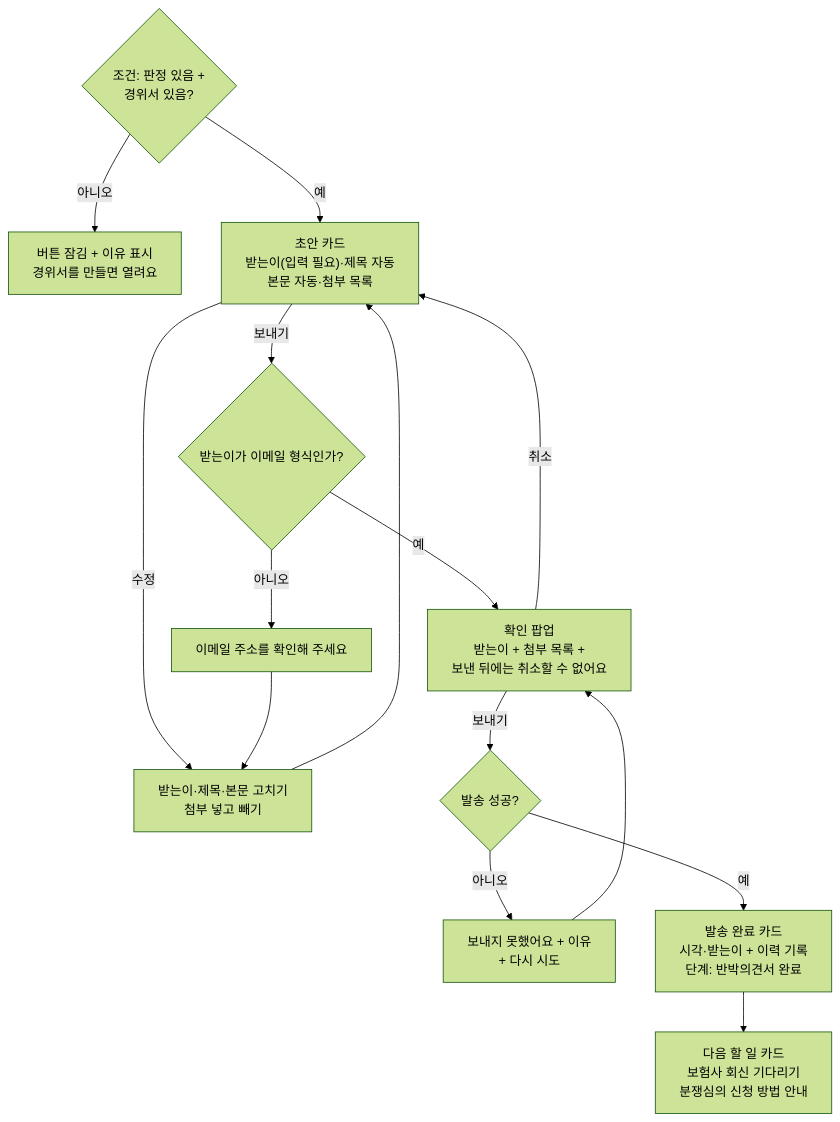
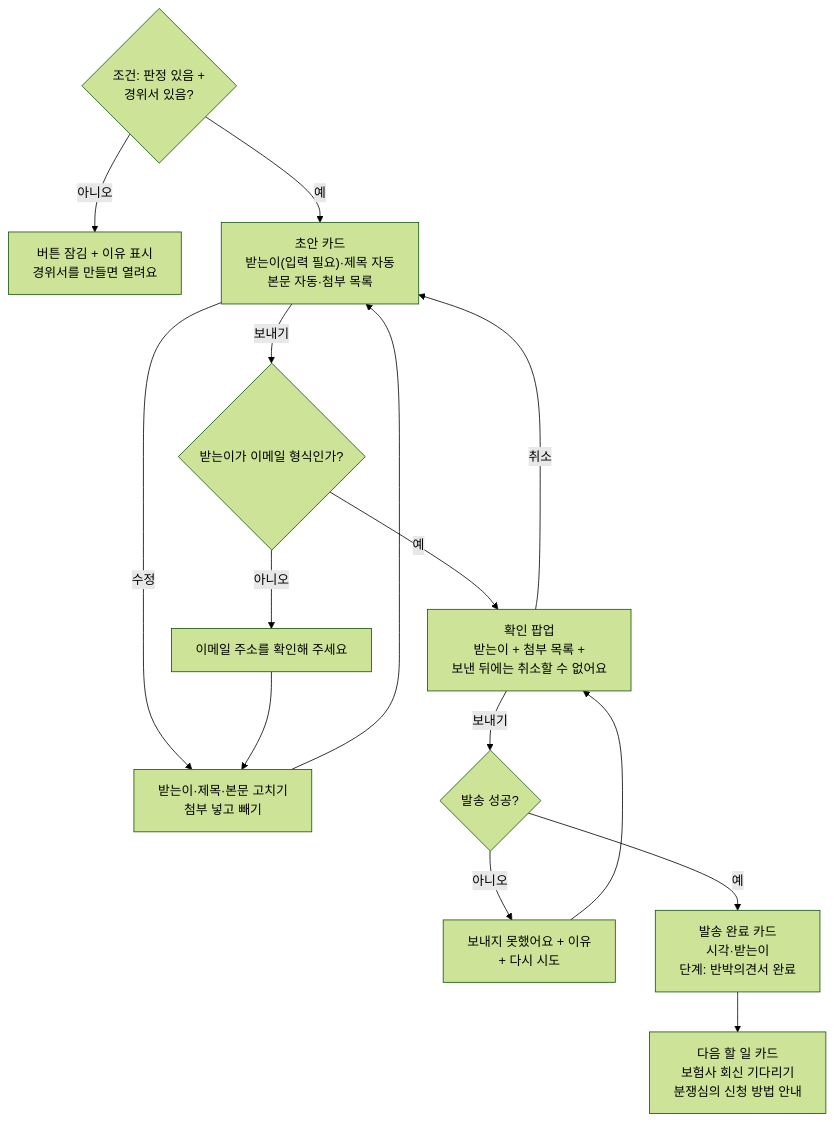
The seventh of 8 diagrams in docs/handoff/03_유저플로우.md (zinnli/fairway), drawn with Mermaid (forest theme) before and after one commit. The commit also changed other lines of this file and 112 other files, not shown here.

````diff
--- a/docs/handoff/03_유저플로우.md
+++ b/docs/handoff/03_유저플로우.md
@@ -151,17 +129,17 @@
 ```mermaid
 flowchart TD
   A{"조건: 판정 있음 +<br/>경위서 있음?"} -->|아니오| B["버튼 잠김 + 이유 표시<br/>경위서를 만들면 열려요"]
   A -->|예| C["초안 카드<br/>받는이(입력 필요)·제목 자동<br/>본문 자동·첨부 목록"]
   C -->|수정| D["받는이·제목·본문 고치기<br/>첨부 넣고 빼기"]
   D --> C
   C -->|보내기| E{"받는이가 이메일 형식인가?"}
   E -->|아니오| F["이메일 주소를 확인해 주세요"]
   F --> D
   E -->|예| G["확인 팝업<br/>받는이 + 첨부 목록 +<br/>보낸 뒤에는 취소할 수 없어요"]
   G -->|취소| C
   G -->|보내기| H{"발송 성공?"}
   H -->|아니오| I["보내지 못했어요 + 이유<br/>+ 다시 시도"]
   I --> G
-  H -->|예| J["발송 완료 카드<br/>시각·받는이 + 이력 기록<br/>단계: 반박의견서 완료"]
+  H -->|예| J["발송 완료 카드<br/>시각·받는이<br/>단계: 반박의견서 완료"]
   J --> K["다음 할 일 카드<br/>보험사 회신 기다리기<br/>분쟁심의 신청 방법 안내"]
 ```
````
